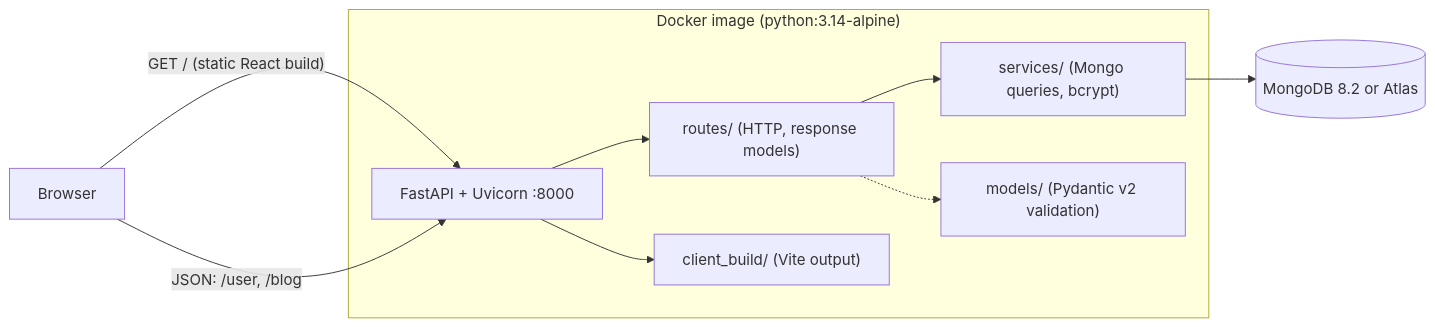
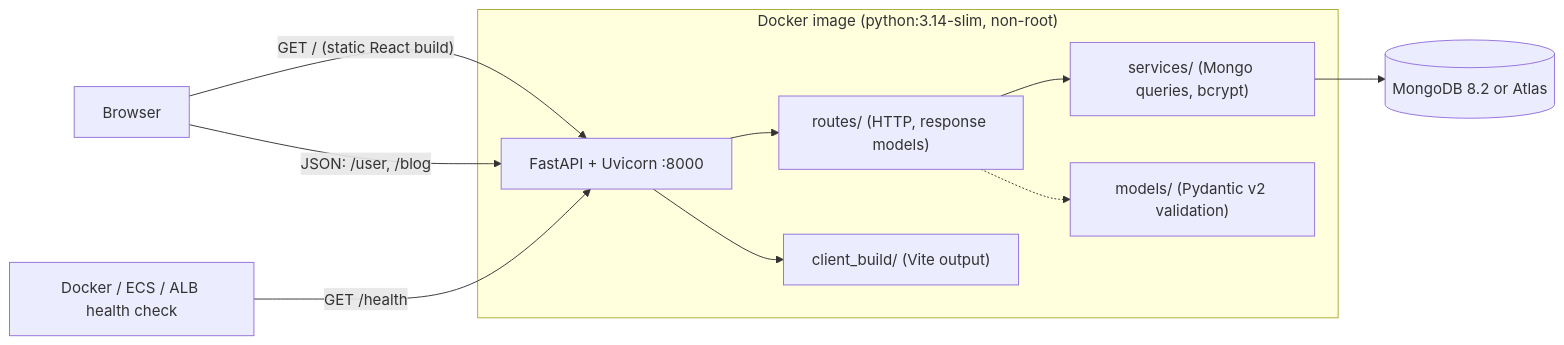
One commit to Sagargupta16/DevOps-AWS-FARM changed the first of 2 diagrams in README.md. Above: the diagram before and after it, drawn with Mermaid. The commit also changed other lines of this file and 38 other files, not shown here.

First line of the commit message:
feat: add health checks, json logs, oidc ecs deploy and a seed script (#155)

````diff
--- a/README.md
+++ b/README.md
@@ -63,16 +81,17 @@
 ```mermaid
 flowchart LR
     browser["Browser"] -->|"GET / (static React build)"| app
     browser -->|"JSON: /user, /blog"| app
-    subgraph image["Docker image (python:3.14-alpine)"]
+    probe["Docker / ECS / ALB health check"] -->|"GET /health"| app
+    subgraph image["Docker image (python:3.14-slim, non-root)"]
         app["FastAPI + Uvicorn :8000"]
         routes["routes/ (HTTP, response models)"]
         services["services/ (Mongo queries, bcrypt)"]
         models["models/ (Pydantic v2 validation)"]
         static["client_build/ (Vite output)"]
         app --> routes --> services
         routes -.-> models
         app --> static
     end
     services --> mongo[("MongoDB 8.2 or Atlas")]
 ```
````
